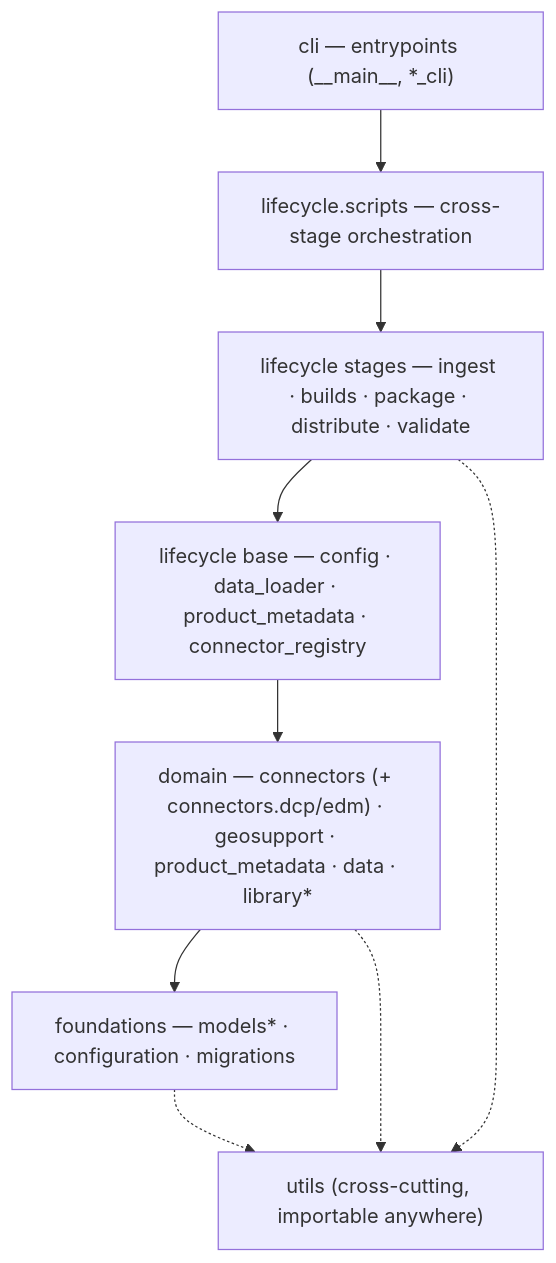
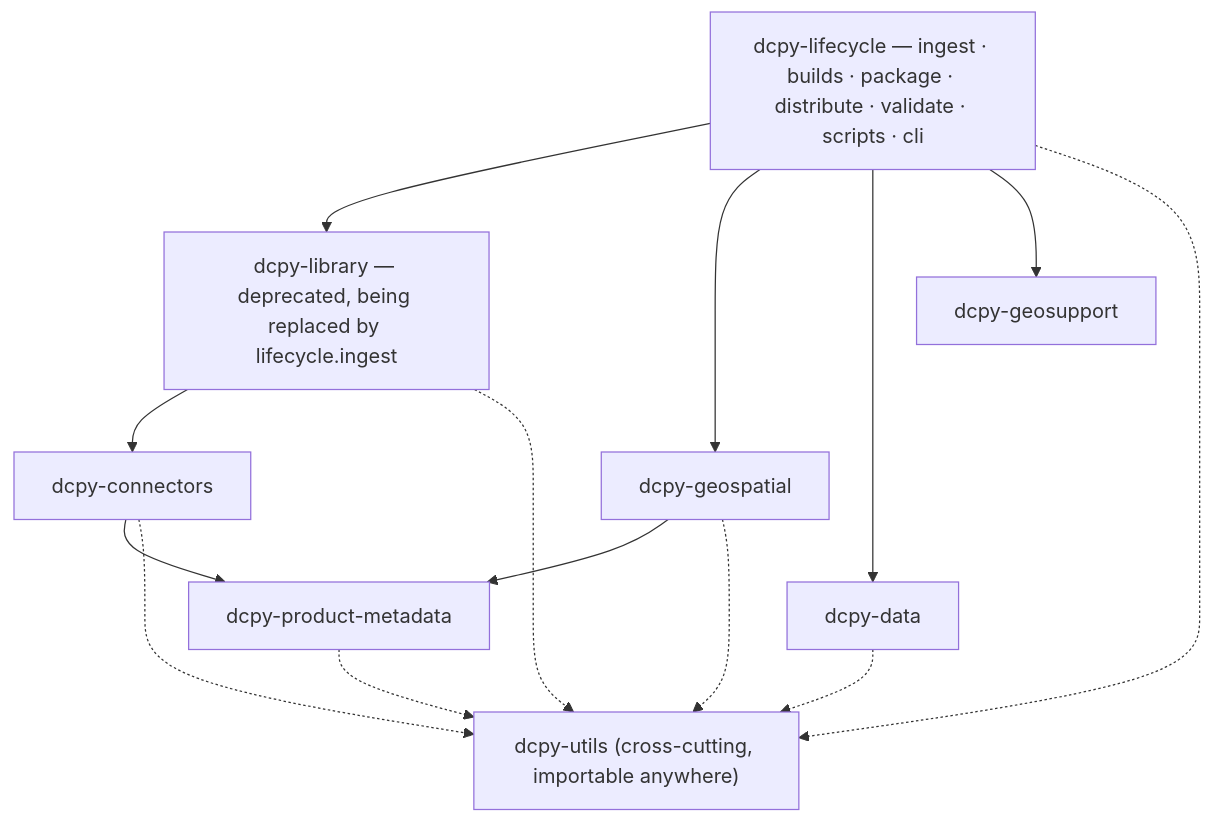
One commit to NYCPlanning/data-engineering changed the diagram in docs/dcpy/architecture.md. Above: the diagram before and after it, drawn with Mermaid. The commit also changed other lines of this file and 7 other files, not shown here.

````diff
--- a/docs/dcpy/architecture.md
+++ b/docs/dcpy/architecture.md
@@ -17,15 +22,22 @@
 ```mermaid
 flowchart TD
-    cli["cli — entrypoints (__main__, *_cli)"]
-    scripts["lifecycle.scripts — cross-stage orchestration"]
-    stages["lifecycle stages — ingest · builds · package · distribute · validate"]
-    base["lifecycle base — config · data_loader · product_metadata · connector_registry"]
-    domain["domain — connectors (+ connectors.dcp/edm) · geosupport · product_metadata · data · library*"]
-    found["foundations — models* · configuration · migrations"]
-    utils["utils (cross-cutting, importable anywhere)"]
+    lifecycle["dcpy-lifecycle — ingest · builds · package · distribute · validate · scripts · cli"]
+    library["dcpy-library — deprecated, being replaced by lifecycle.ingest"]
+    connectors["dcpy-connectors"]
+    geospatial["dcpy-geospatial"]
+    data["dcpy-data"]
+    product_metadata["dcpy-product-metadata"]
+    geosupport["dcpy-geosupport"]
+    utils["dcpy-utils (cross-cutting, importable anywhere)"]
 
-    cli --> scripts --> stages --> base --> domain --> found
-    found -.-> utils
-    domain -.-> utils
-    stages -.-> utils
+    lifecycle --> library --> connectors --> product_metadata
+    lifecycle --> geospatial --> product_metadata
+    lifecycle --> data
+    lifecycle --> geosupport
+    product_metadata -.-> utils
+    connectors -.-> utils
+    geospatial -.-> utils
+    data -.-> utils
+    library -.-> utils
+    lifecycle -.-> utils
 ```
````
